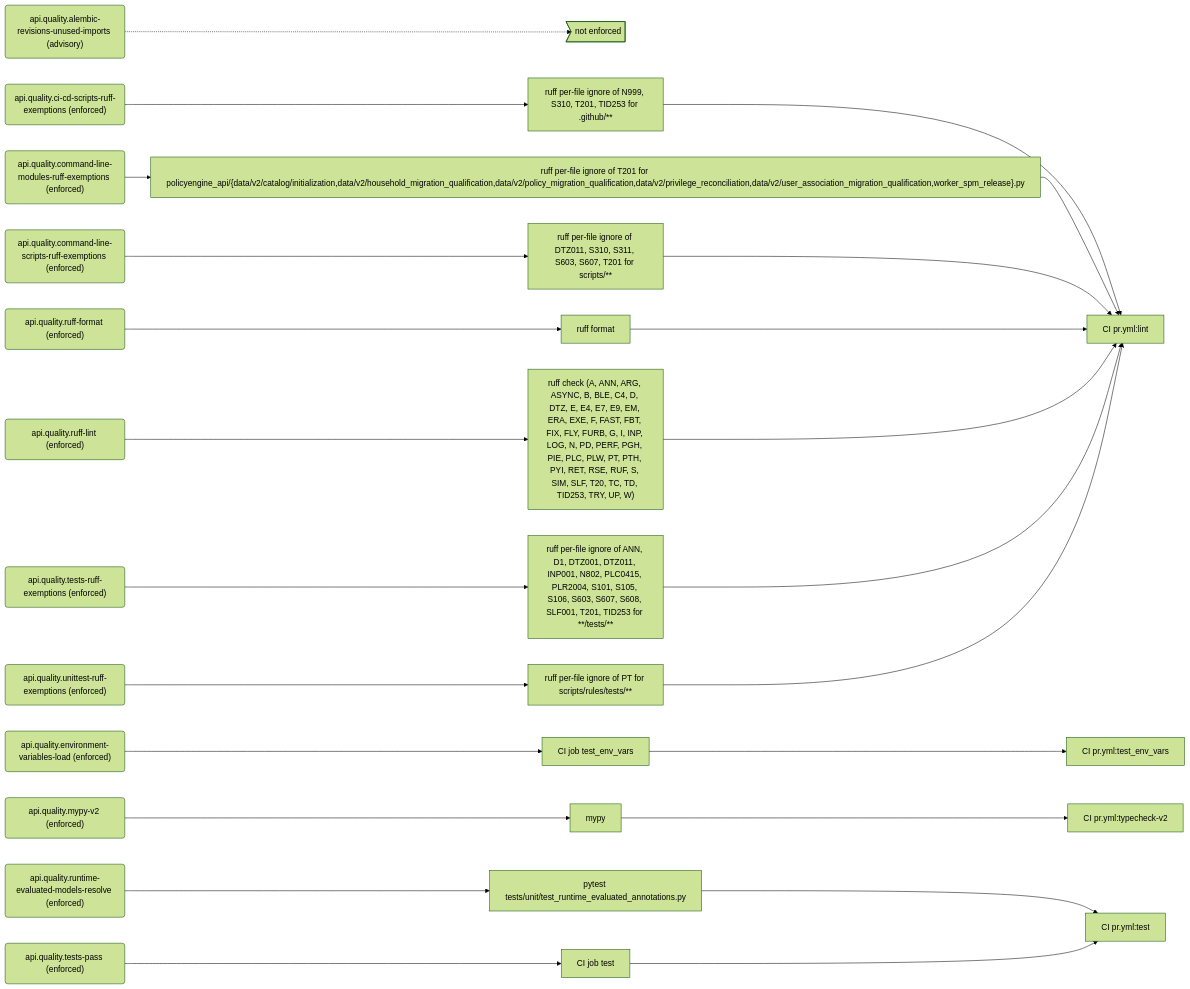
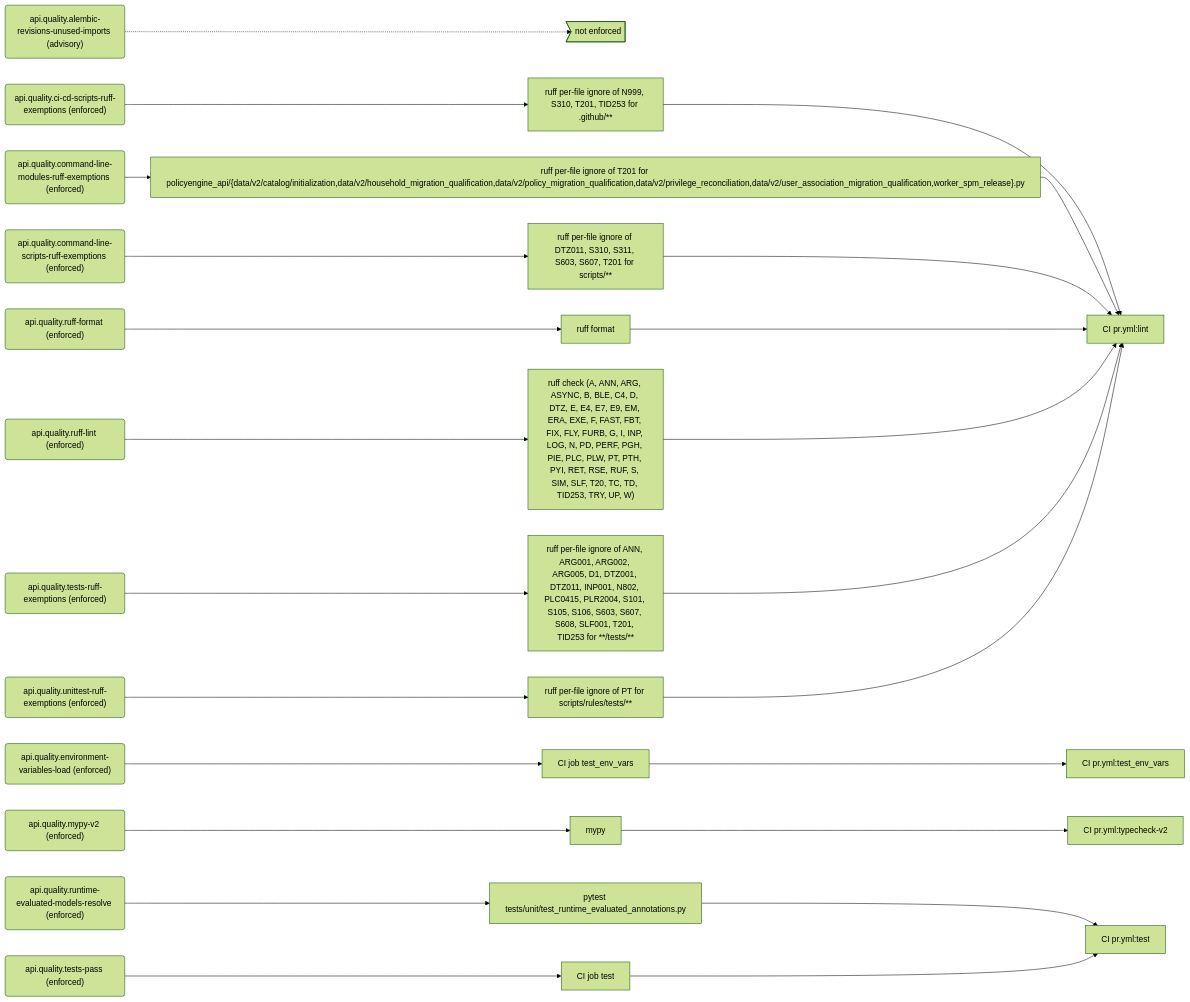
Before and after one commit to PolicyEngine/policyengine-api: the sixth of 9 diagrams in docs/generated/rules.md, drawn with Mermaid (forest theme). The commit also changed other lines of this file and 19 other files, not shown here.

````diff
--- a/docs/generated/rules.md
+++ b/docs/generated/rules.md
@@ -305,54 +305,54 @@
 ```mermaid
 flowchart LR
   r_api_quality_alembic_revisions_unused_imports("api.quality.alembic-revisions-unused-imports (advisory)")
   gap_unenforced>"not enforced"]
   r_api_quality_ci_cd_scripts_ruff_exemptions("api.quality.ci-cd-scripts-ruff-exemptions (enforced)")
   e_ruff_per_file_ignore_of_N999__S310__T201__TID253_for__github___["ruff per-file ignore of N999, S310, T201, TID253 for .github/**"]
   j_CI_pr_yml_lint["CI pr.yml:lint"]
   r_api_quality_command_line_modules_ruff_exemptions("api.quality.command-line-modules-ruff-exemptions (enforced)")
   e_ruff_per_file_ignore_of_T201_for_policyengine_api__data_v2_catalog_initialization_data_v2_household_migration_qualification_data_v2_policy_migration_qualification_data_v2_privilege_reconciliation_data_v2_user_association_migration_qualification_worker_spm_release__py["ruff per-file ignore of T201 for policyengine_api/{data/v2/catalog/initialization,data/v2/household_migration_qualification,data/v2/policy_migration_qualification,data/v2/privilege_reconciliation,data/v2/user_association_migration_qualification,worker_spm_release}.py"]
   r_api_quality_command_line_scripts_ruff_exemptions("api.quality.command-line-scripts-ruff-exemptions (enforced)")
   e_ruff_per_file_ignore_of_DTZ011__S310__S311__S603__S607__T201_for_scripts___["ruff per-file ignore of DTZ011, S310, S311, S603, S607, T201 for scripts/**"]
   r_api_quality_environment_variables_load("api.quality.environment-variables-load (enforced)")
   e_CI_job_test_env_vars["CI job test_env_vars"]
   j_CI_pr_yml_test_env_vars["CI pr.yml:test_env_vars"]
   r_api_quality_mypy_v2("api.quality.mypy-v2 (enforced)")
   e_mypy["mypy"]
   j_CI_pr_yml_typecheck_v2["CI pr.yml:typecheck-v2"]
   r_api_quality_ruff_format("api.quality.ruff-format (enforced)")
   e_ruff_format["ruff format"]
   r_api_quality_ruff_lint("api.quality.ruff-lint (enforced)")
   e_ruff_check__A__ANN__ARG__ASYNC__B__BLE__C4__D__DTZ__E__E4__E7__E9__EM__ERA__EXE__F__FAST__FBT__FIX__FLY__FURB__G__I__INP__LOG__N__PD__PERF__PGH__PIE__PLC__PLW__PT__PTH__PYI__RET__RSE__RUF__S__SIM__SLF__T20__TC__TD__TID253__TRY__UP__W_["ruff check (A, ANN, ARG, ASYNC, B, BLE, C4, D, DTZ, E, E4, E7, E9, EM, ERA, EXE, F, FAST, FBT, FIX, FLY, FURB, G, I, INP, LOG, N, PD, PERF, PGH, PIE, PLC, PLW, PT, PTH, PYI, RET, RSE, RUF, S, SIM, SLF, T20, TC, TD, TID253, TRY, UP, W)"]
   r_api_quality_runtime_evaluated_models_resolve("api.quality.runtime-evaluated-models-resolve (enforced)")
   e_pytest_tests_unit_test_runtime_evaluated_annotations_py["pytest tests/unit/test_runtime_evaluated_annotations.py"]
   j_CI_pr_yml_test["CI pr.yml:test"]
   r_api_quality_tests_pass("api.quality.tests-pass (enforced)")
   e_CI_job_test["CI job test"]
   r_api_quality_tests_ruff_exemptions("api.quality.tests-ruff-exemptions (enforced)")
-  e_ruff_per_file_ignore_of_ANN__D1__DTZ001__DTZ011__INP001__N802__PLC0415__PLR2004__S101__S105__S106__S603__S607__S608__SLF001__T201__TID253_for____tests___["ruff per-file ignore of ANN, D1, DTZ001, DTZ011, INP001, N802, PLC0415, PLR2004, S101, S105, S106, S603, S607, S608, SLF001, T201, TID253 for **/tests/**"]
+  e_ruff_per_file_ignore_of_ANN__ARG001__ARG002__ARG005__D1__DTZ001__DTZ011__INP001__N802__PLC0415__PLR2004__S101__S105__S106__S603__S607__S608__SLF001__T201__TID253_for____tests___["ruff per-file ignore of ANN, ARG001, ARG002, ARG005, D1, DTZ001, DTZ011, INP001, N802, PLC0415, PLR2004, S101, S105, S106, S603, S607, S608, SLF001, T201, TID253 for **/tests/**"]
   r_api_quality_unittest_ruff_exemptions("api.quality.unittest-ruff-exemptions (enforced)")
   e_ruff_per_file_ignore_of_PT_for_scripts_rules_tests___["ruff per-file ignore of PT for scripts/rules/tests/**"]
   r_api_quality_alembic_revisions_unused_imports -.-> gap_unenforced
   r_api_quality_ci_cd_scripts_ruff_exemptions --> e_ruff_per_file_ignore_of_N999__S310__T201__TID253_for__github___
   e_ruff_per_file_ignore_of_N999__S310__T201__TID253_for__github___ --> j_CI_pr_yml_lint
   r_api_quality_command_line_modules_ruff_exemptions --> e_ruff_per_file_ignore_of_T201_for_policyengine_api__data_v2_catalog_initialization_data_v2_household_migration_qualification_data_v2_policy_migration_qualification_data_v2_privilege_reconciliation_data_v2_user_association_migration_qualification_worker_spm_release__py
   e_ruff_per_file_ignore_of_T201_for_policyengine_api__data_v2_catalog_initialization_data_v2_household_migration_qualification_data_v2_policy_migration_qualification_data_v2_privilege_reconciliation_data_v2_user_association_migration_qualification_worker_spm_release__py --> j_CI_pr_yml_lint
   r_api_quality_command_line_scripts_ruff_exemptions --> e_ruff_per_file_ignore_of_DTZ011__S310__S311__S603__S607__T201_for_scripts___
   e_ruff_per_file_ignore_of_DTZ011__S310__S311__S603__S607__T201_for_scripts___ --> j_CI_pr_yml_lint
   r_api_quality_environment_variables_load --> e_CI_job_test_env_vars
   e_CI_job_test_env_vars --> j_CI_pr_yml_test_env_vars
   r_api_quality_mypy_v2 --> e_mypy
   e_mypy --> j_CI_pr_yml_typecheck_v2
   r_api_quality_ruff_format --> e_ruff_format
   e_ruff_format --> j_CI_pr_yml_lint
   r_api_quality_ruff_lint --> e_ruff_check__A__ANN__ARG__ASYNC__B__BLE__C4__D__DTZ__E__E4__E7__E9__EM__ERA__EXE__F__FAST__FBT__FIX__FLY__FURB__G__I__INP__LOG__N__PD__PERF__PGH__PIE__PLC__PLW__PT__PTH__PYI__RET__RSE__RUF__S__SIM__SLF__T20__TC__TD__TID253__TRY__UP__W_
   e_ruff_check__A__ANN__ARG__ASYNC__B__BLE__C4__D__DTZ__E__E4__E7__E9__EM__ERA__EXE__F__FAST__FBT__FIX__FLY__FURB__G__I__INP__LOG__N__PD__PERF__PGH__PIE__PLC__PLW__PT__PTH__PYI__RET__RSE__RUF__S__SIM__SLF__T20__TC__TD__TID253__TRY__UP__W_ --> j_CI_pr_yml_lint
   r_api_quality_runtime_evaluated_models_resolve --> e_pytest_tests_unit_test_runtime_evaluated_annotations_py
   e_pytest_tests_unit_test_runtime_evaluated_annotations_py --> j_CI_pr_yml_test
   r_api_quality_tests_pass --> e_CI_job_test
   e_CI_job_test --> j_CI_pr_yml_test
-  r_api_quality_tests_ruff_exemptions --> e_ruff_per_file_ignore_of_ANN__D1__DTZ001__DTZ011__INP001__N802__PLC0415__PLR2004__S101__S105__S106__S603__S607__S608__SLF001__T201__TID253_for____tests___
-  e_ruff_per_file_ignore_of_ANN__D1__DTZ001__DTZ011__INP001__N802__PLC0415__PLR2004__S101__S105__S106__S603__S607__S608__SLF001__T201__TID253_for____tests___ --> j_CI_pr_yml_lint
+  r_api_quality_tests_ruff_exemptions --> e_ruff_per_file_ignore_of_ANN__ARG001__ARG002__ARG005__D1__DTZ001__DTZ011__INP001__N802__PLC0415__PLR2004__S101__S105__S106__S603__S607__S608__SLF001__T201__TID253_for____tests___
+  e_ruff_per_file_ignore_of_ANN__ARG001__ARG002__ARG005__D1__DTZ001__DTZ011__INP001__N802__PLC0415__PLR2004__S101__S105__S106__S603__S607__S608__SLF001__T201__TID253_for____tests___ --> j_CI_pr_yml_lint
   r_api_quality_unittest_ruff_exemptions --> e_ruff_per_file_ignore_of_PT_for_scripts_rules_tests___
   e_ruff_per_file_ignore_of_PT_for_scripts_rules_tests___ --> j_CI_pr_yml_lint
 ```
````
